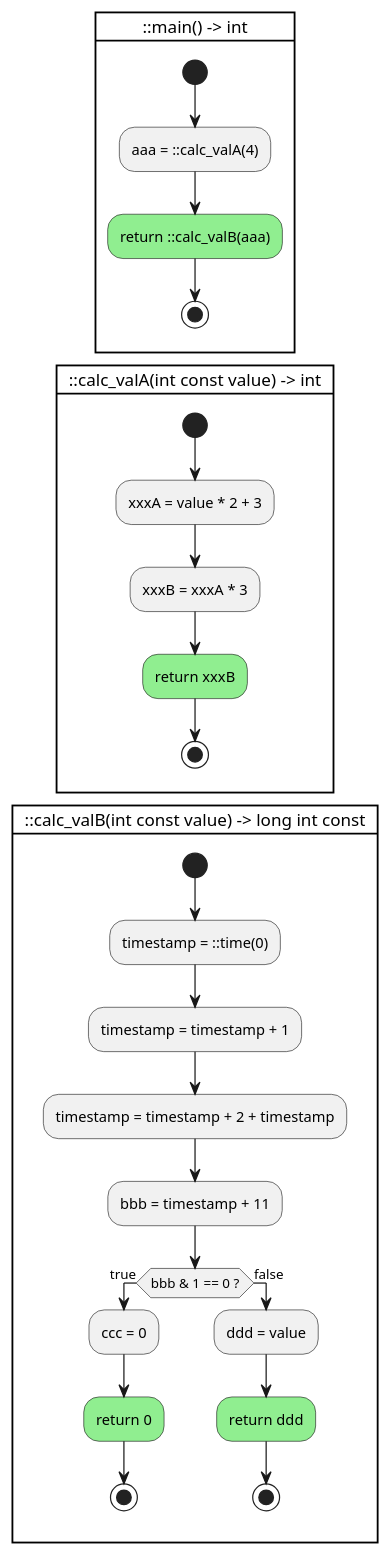
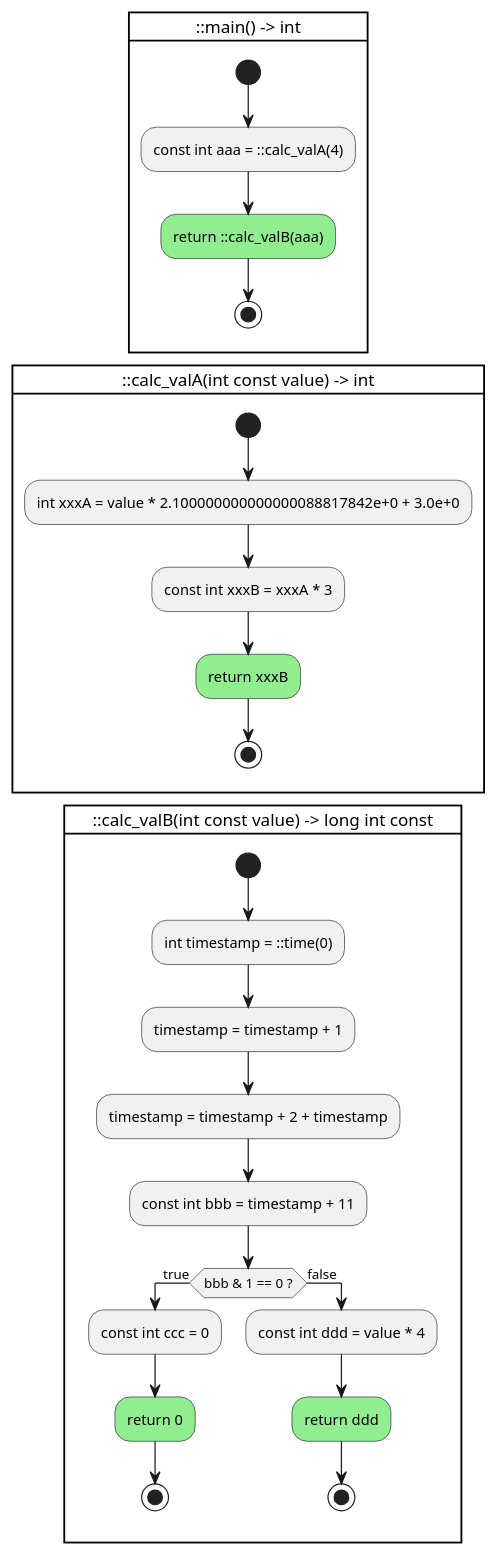
Before and after one commit to anetczuk/gcc-uml: the diagram in examples/ctrlflowgraph/ctrl_main.cpp.puml, drawn with PlantUML. The commit also changed 12 other files, not shown here.

Commit message:
Control flow graph: read variable types

```diff
--- a/examples/ctrlflowgraph/ctrl_main.cpp.puml
+++ b/examples/ctrlflowgraph/ctrl_main.cpp.puml
@@ -1,36 +1,36 @@
 @startuml
 
 card "::main() -> int" {
     start
-    :aaa = ::calc_valA(4);
+    :const int aaa = ::calc_valA(4);
     #lightgreen:return ::calc_valB(aaa);
     stop
 }
 
 card "::calc_valA(int const value) -> int" {
     start
-    :xxxA = value * 2 + 3;
-    :xxxB = xxxA * 3;
+    :int xxxA = value * 2.100000000000000088817842e+0 + 3.0e+0;
+    :const int xxxB = xxxA * 3;
     #lightgreen:return xxxB;
     stop
 }
 
 card "::calc_valB(int const value) -> long int const" {
     start
-    :timestamp = ::time(0);
+    :int timestamp = ::time(0);
     :timestamp = timestamp + 1;
     :timestamp = timestamp + 2 + timestamp;
-    :bbb = timestamp + 11;
+    :const int bbb = timestamp + 11;
     if (bbb & 1 == 0 ?) then (true)
-        :ccc = 0;
+        :const int ccc = 0;
         #lightgreen:return 0;
         stop
     else (false)
-        :ddd = value;
+        :const int ddd = value * 4;
         #lightgreen:return ddd;
         stop
     endif
 }
 
 
 @enduml
```
